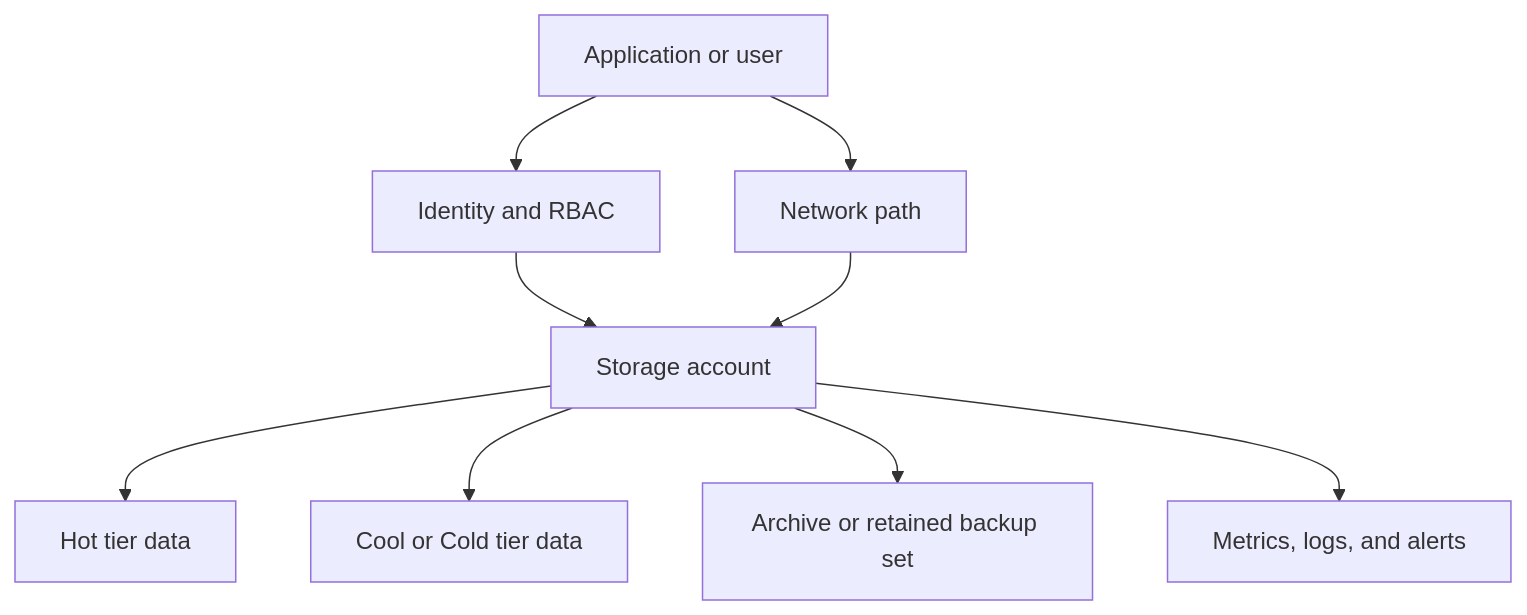
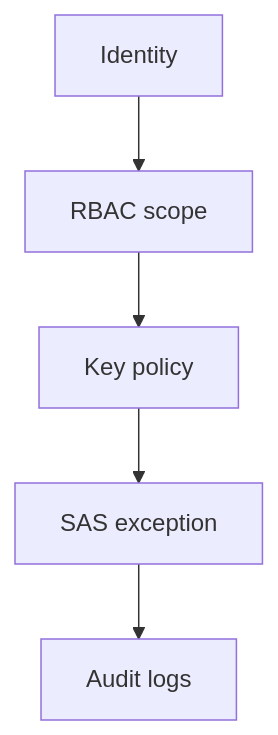
One commit to yeongseon/azure-storage-practical-guide changed the diagram in docs/best-practices/security-best-practices.md. Above: the diagram before and after it, drawn with Mermaid. The commit also changed other lines of this file and 90 other files, not shown here.

````diff
--- a/docs/best-practices/security-best-practices.md
+++ b/docs/best-practices/security-best-practices.md
@@ -416,11 +30,12 @@
 ```mermaid
 flowchart TD
-    A[Application or user] --> B[Identity and RBAC]
-    A --> C[Network path]
-    B --> D[Storage account]
+    A[Identity]
+    B[RBAC scope]
+    A --> B
+    C[Key policy]
+    B --> C
+    D[SAS exception]
     C --> D
-    D --> E[Hot tier data]
-    D --> F[Cool or Cold tier data]
-    D --> G[Archive or retained backup set]
-    D --> H[Metrics, logs, and alerts]
+    E[Audit logs]
+    D --> E
 ```
````
